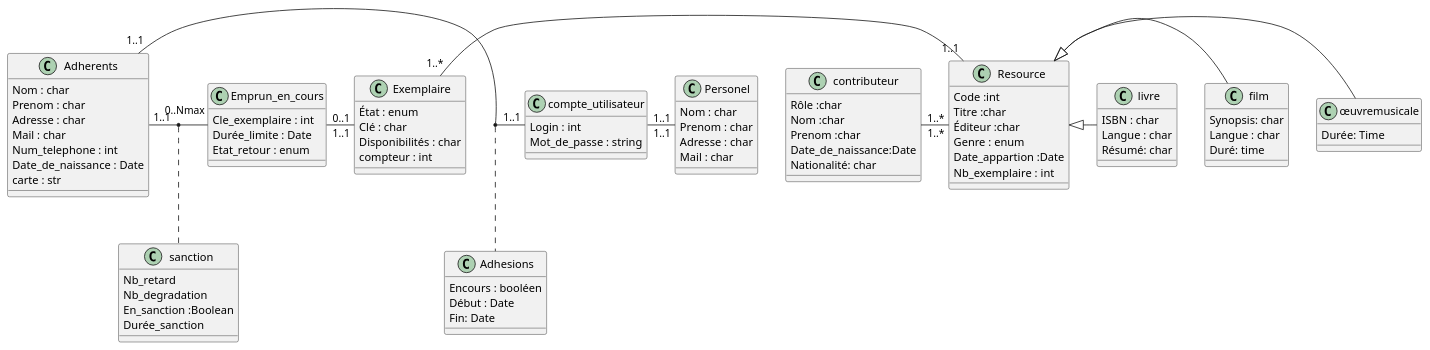
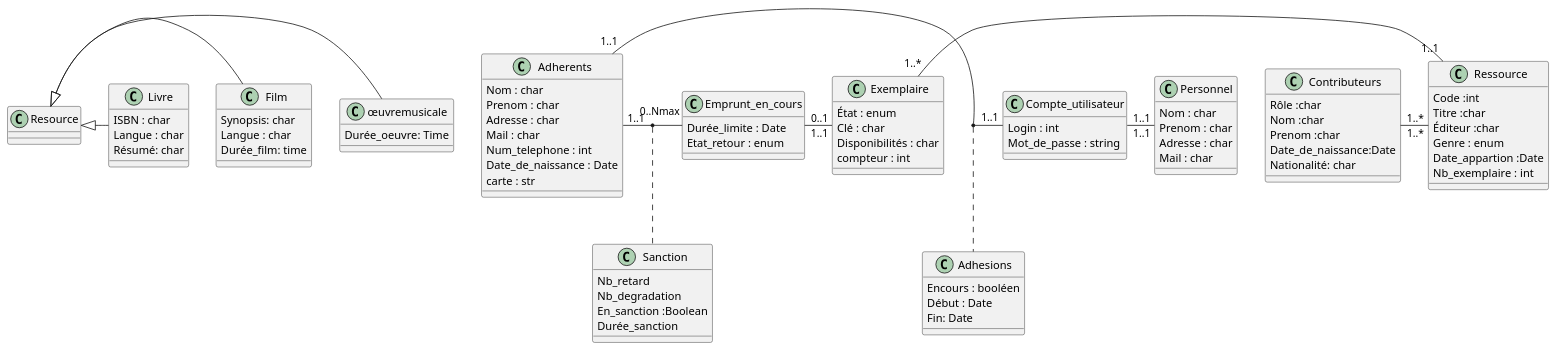
The diagram in Rendu1/UML.plantuml (opoussin/ProjetBDD_Gestion_Bibliotheque), drawn with PlantUML before and after one commit.

```diff
--- a/Rendu1/UML.plantuml
+++ b/Rendu1/UML.plantuml
@@ -1,97 +1,96 @@
 @startuml
 class Adhesions {
 Encours : booléen 
 Début : Date
 Fin: Date
 }
 
 class Adherents{
 Nom : char
 Prenom : char 
 Adresse : char 
 Mail : char
 Num_telephone : int
 Date_de_naissance : Date
 carte : str 
 }
 
-class Personel{
+class Personnel{
 Nom : char
 Prenom : char 
 Adresse : char 
 Mail : char
 }
 
 class Exemplaire {
 État : enum
 Clé : char 
 Disponibilités : char 
 compteur : int 
 }
 
-Class Resource { 
+Class Ressource { 
 Code :int 
 Titre :char
 Éditeur :char
 Genre : enum
 Date_appartion :Date
 Nb_exemplaire : int
 }
 
-class livre {
+class Livre {
 ISBN : char
 Langue : char 
 Résumé: char 
 }
 
-class film {
+class Film {
 Synopsis: char
 Langue : char 
-Duré: time  
+Durée_film: time  
 }
 
 class œuvremusicale { 
-Durée: Time
+Durée_oeuvre: Time
 }
 
-Class compte_utilisateur{
+Class Compte_utilisateur{
 Login : int
 Mot_de_passe : string
 }
 
-Class sanction{
+Class Sanction{
 Nb_retard
 Nb_degradation 
 En_sanction :Boolean 
 Durée_sanction 
 }
 
-Class Emprun_en_cours{
-Cle_exemplaire : int
+Class Emprunt_en_cours{
 Durée_limite : Date
 Etat_retour : enum
 }
 
-Class contributeur{
+Class Contributeurs{
 Rôle :char
 Nom :char
 Prenom :char
 Date_de_naissance:Date 
 Nationalité: char
 }
 
 Resource <|- œuvremusicale
-Resource <|- film
-Resource <|- livre
+Resource <|- Film
+Resource <|- Livre
 
-Adherents "1..1" - "1..1" compte_utilisateur 
-(Adherents , compte_utilisateur ) .. Adhesions
+Adherents "1..1" - "1..1" Compte_utilisateur 
+(Adherents , Compte_utilisateur ) .. Adhesions
 
-Emprun_en_cours "0..1" - "1..1" Exemplaire
-contributeur "1..*" - "1..*" Resource
-Adherents "1..1" - "0..Nmax" Emprun_en_cours 
-(Adherents , Emprun_en_cours ) .. sanction
+Emprunt_en_cours "0..1" - "1..1" Exemplaire
+Contributeurs "1..*" - "1..*" Ressource
+Adherents "1..1" - "0..Nmax" Emprunt_en_cours 
+(Adherents , Emprunt_en_cours ) .. Sanction
 
-compte_utilisateur "1..1" - "1..1" Personel
-Exemplaire "1..*" - "1..1" Resource
+Compte_utilisateur "1..1" - "1..1" Personnel
+Exemplaire "1..*" - "1..1" Ressource
 @enduml
```
